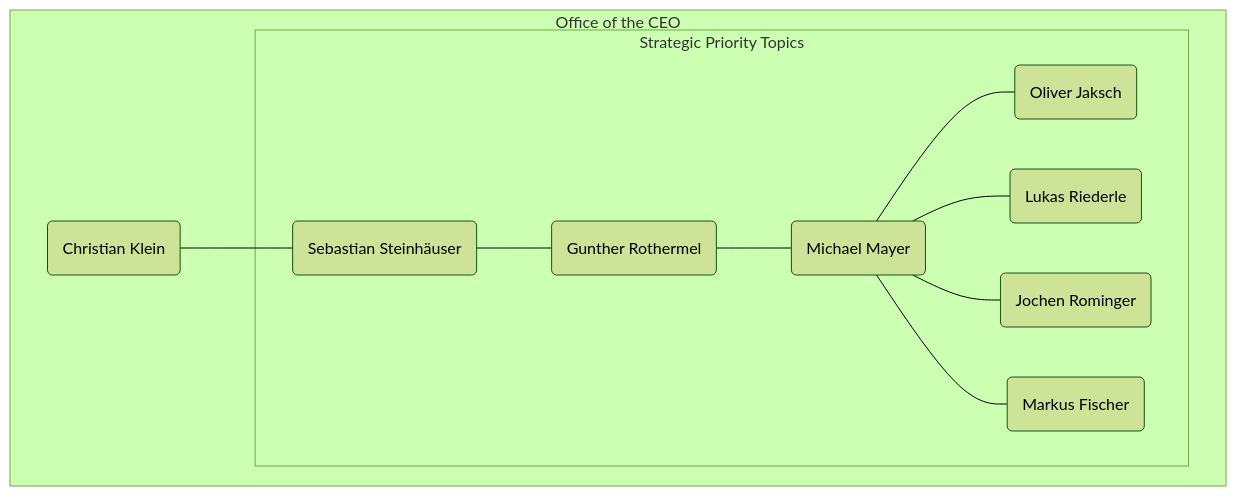
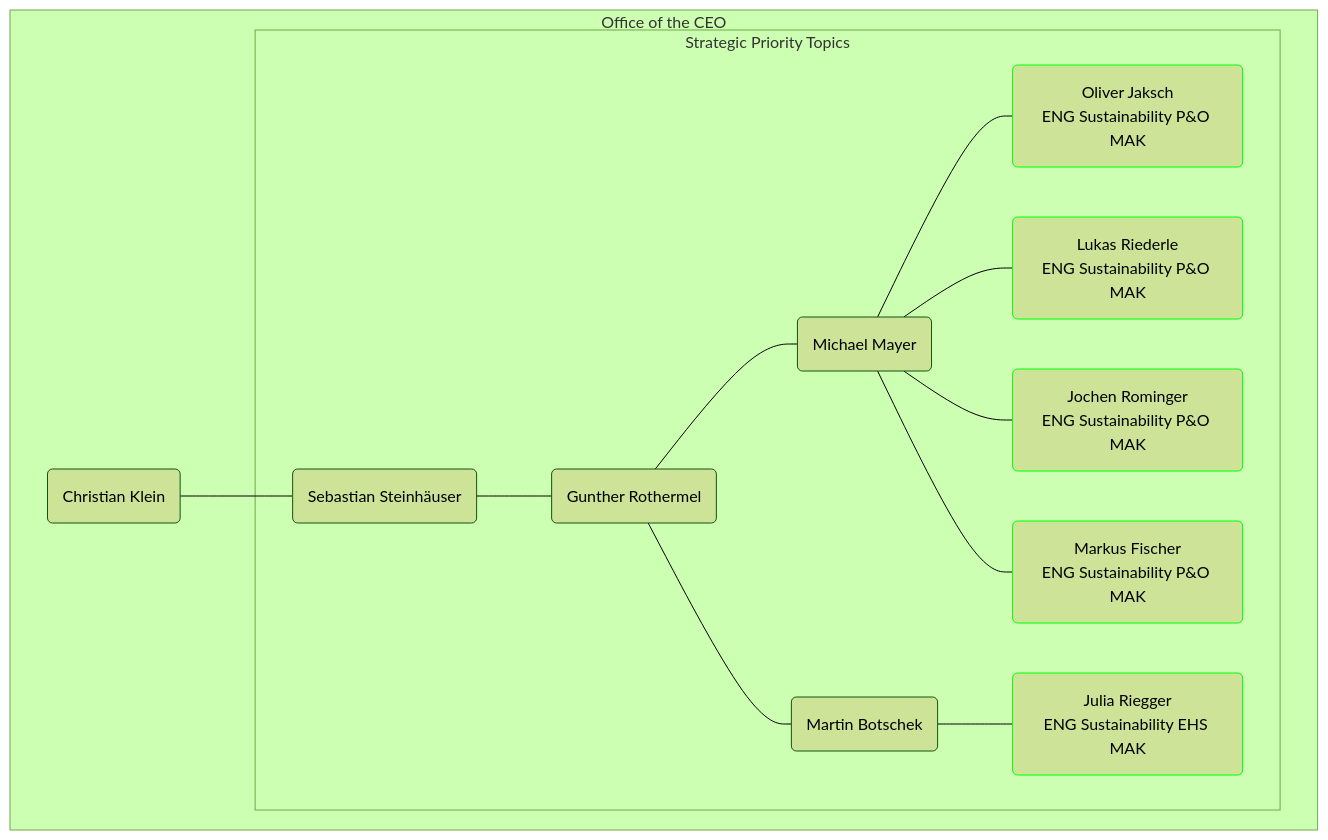
One commit to appenmaier/vt_markdorf changed the first of 3 diagrams in contacts.md. Above: the diagram before and after it, drawn with Mermaid (forest theme). The commit also changed other lines of this file, not shown here.

````diff
--- a/contacts.md
+++ b/contacts.md
@@ -7,24 +7,33 @@
 ```mermaid
 flowchart TD
     ck --- ss
     ss --- gr
     gr --- mm
+    gr --- mb
     mm --- oj
     mm --- lr
-    mm --- jr
+    mm --- jr2
     mm --- mf
+    mb --- jr
 
     subgraph Office of the CEO
         ck(Christian Klein)
         subgraph Strategic Priority Topics
-            oj(Oliver Jaksch)
-            lr(Lukas Riederle)
-            jr(Julia Riegger)
-            mf(Markus Fischer)
-            jr(Jochen Rominger)
+            oj(Oliver Jaksch\nENG Sustainability P&O MAK)
+            lr(Lukas Riederle\nENG Sustainability P&O MAK)
+            jr(Julia Riegger\nENG Sustainability EHS MAK)
+            mf(Markus Fischer\nENG Sustainability P&O MAK)
+            jr2(Jochen Rominger\nENG Sustainability P&O MAK)
             mm(Michael Mayer)
+            mb(Martin Botschek)
             gr(Gunther Rothermel)
             ss(Sebastian Steinhäuser)
         end
     end
+
+    style oj stroke:#0f0
+    style jr stroke:#0f0
+    style lr stroke:#0f0
+    style mf stroke:#0f0
+    style jr2 stroke:#0f0
 ```
````
